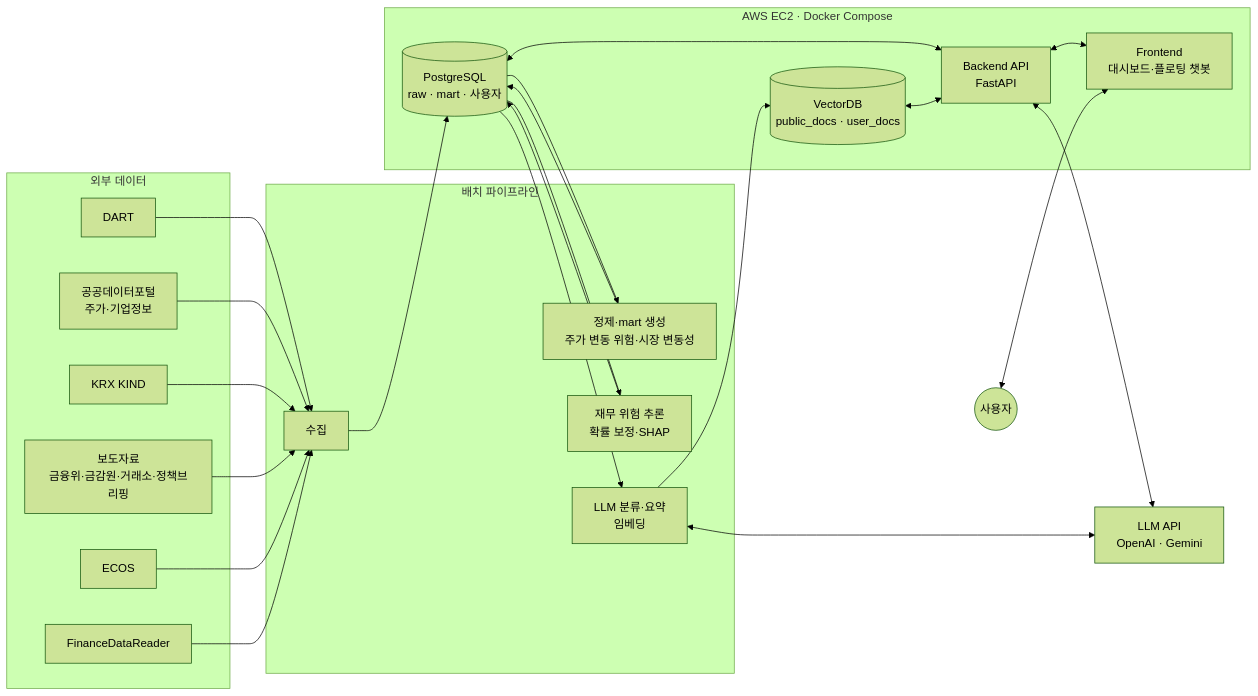
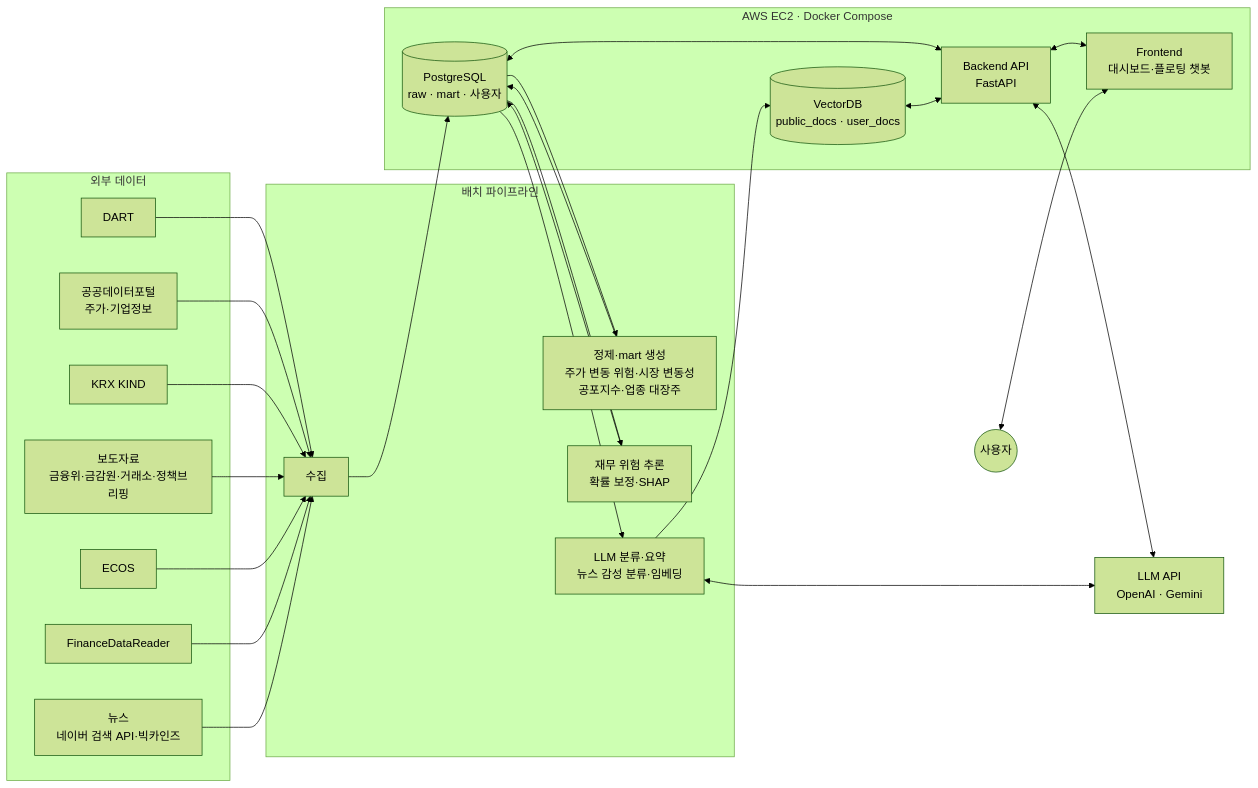
Before and after one commit to Hyeonwoo01/finance_final_prj: the diagram in docs/guide/stock_canary_proposal.md, drawn with Mermaid (forest theme). The commit also changed other lines of this file and 1 other file, not shown here.

Commit message:
docs: 기획안에서 주가 방향성 예측 제거, 공포지수·업종 대장주 비교 추가 (#64) (#65)

````diff
--- a/docs/guide/stock_canary_proposal.md
+++ b/docs/guide/stock_canary_proposal.md
@@ -192,39 +204,40 @@
 ```mermaid
 flowchart LR
     subgraph SRC[외부 데이터]
         S1[DART]
         S2[공공데이터포털<br/>주가·기업정보]
         S3[KRX KIND]
         S4[보도자료<br/>금융위·금감원·거래소·정책브리핑]
         S5[ECOS]
         S6[FinanceDataReader]
+        S7[뉴스<br/>네이버 검색 API·빅카인즈]
     end
 
     subgraph PIPE[배치 파이프라인]
         P1[수집]
-        P2[정제·mart 생성<br/>주가 변동 위험·시장 변동성]
+        P2[정제·mart 생성<br/>주가 변동 위험·시장 변동성<br/>공포지수·업종 대장주]
         P3[재무 위험 추론<br/>확률 보정·SHAP]
-        P4[LLM 분류·요약<br/>임베딩]
+        P4[LLM 분류·요약<br/>뉴스 감성 분류·임베딩]
     end
 
     subgraph EC2[AWS EC2 · Docker Compose]
         D1[(PostgreSQL<br/>raw · mart · 사용자)]
         D2[(VectorDB<br/>public_docs · user_docs)]
         B1[Backend API<br/>FastAPI]
         F1[Frontend<br/>대시보드·플로팅 챗봇]
     end
 
     LLM[LLM API<br/>OpenAI · Gemini]
     U((사용자))
 
-    S1 & S2 & S3 & S4 & S5 & S6 --> P1 --> D1
+    S1 & S2 & S3 & S4 & S5 & S6 & S7 --> P1 --> D1
     D1 --> P2 --> D1
     D1 --> P3 --> D1
     D1 --> P4 --> D2
     P4 <--> LLM
     D1 <--> B1
     D2 <--> B1
     B1 <--> LLM
     B1 <--> F1
     U <--> F1
 ```
````
